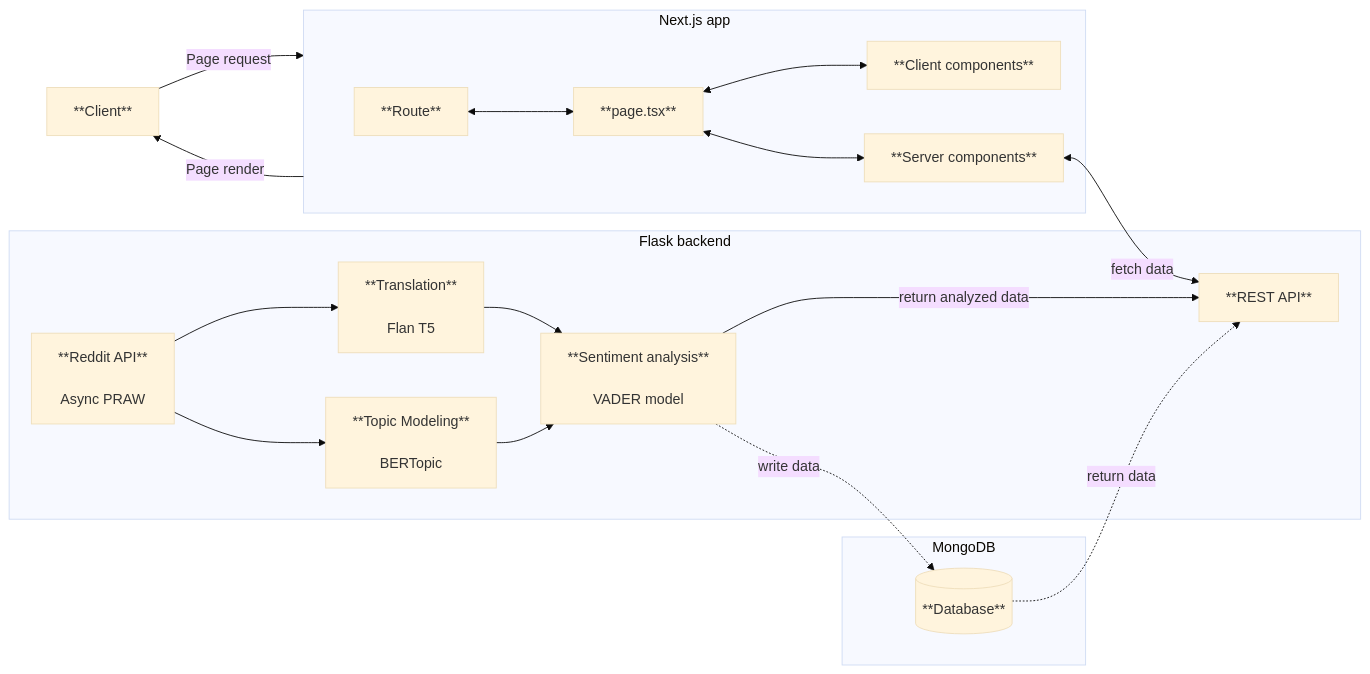
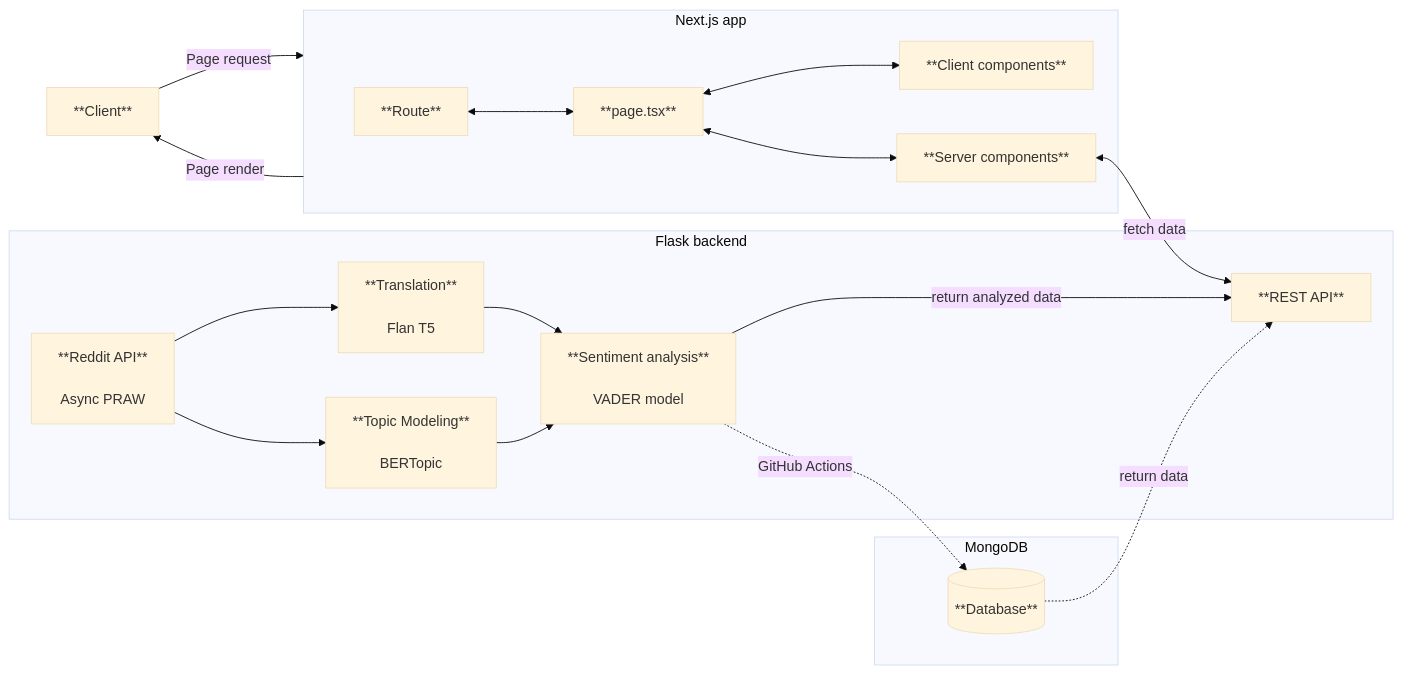
Before and after one commit to ohjelmistoprojekti-ii-reddit-app/.github: the diagram in profile/README.md, drawn with Mermaid (base theme).

````diff
--- a/profile/README.md
+++ b/profile/README.md
@@ -16,42 +16,42 @@
 ```mermaid
 flowchart LR
     %% Client node
     A[**Client**] -- Page request --> B[Next.js]
     B[Next.js] -- Page render -->A[**Client**]
 
     %% Next.js
     subgraph B[Next.js app]
         B1[**Route**]
         B2[**page.tsx**]
         B3[**Client components**]
         B4[**Server components**]
 
         B1 <--> B2
         B2 <--> B3
         B2 <--> B4 
     end
 
     C[Flask Backend]
 
     %% Flask
     subgraph C[Flask backend]
         C1[**Reddit API**<br/><br/>Async PRAW<br/>]
         C2[**Topic Modeling**<br/><br/>BERTopic<br/>]
         C3[**Sentiment analysis**<br/><br/>VADER model<br/>]
         C4[**Translation**<br/><br/>Flan T5<br/>]
         C5[**REST API**]
         B4<-- fetch data --> C5
         C1 --> C4 --> C3 -- return analyzed data --> C5
         C1 --> C2 --> C3
     end
 
     D[Sprint 2]
 
     %% Sprint 2
     subgraph D[MongoDB]
         D1[(**Database**)]
 
-        C3 -. write data .-> D1
+        C3 -. GitHub Actions .-> D1
         D1 -. return data .-> C5
     end
 ```
````
